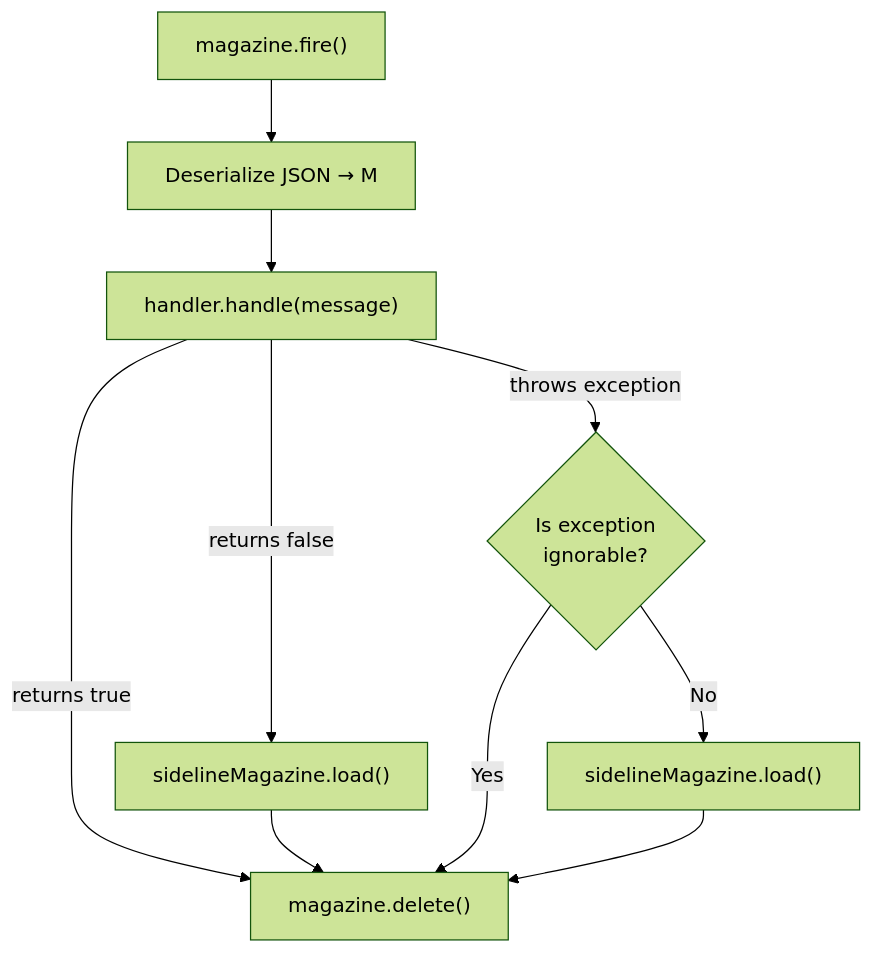
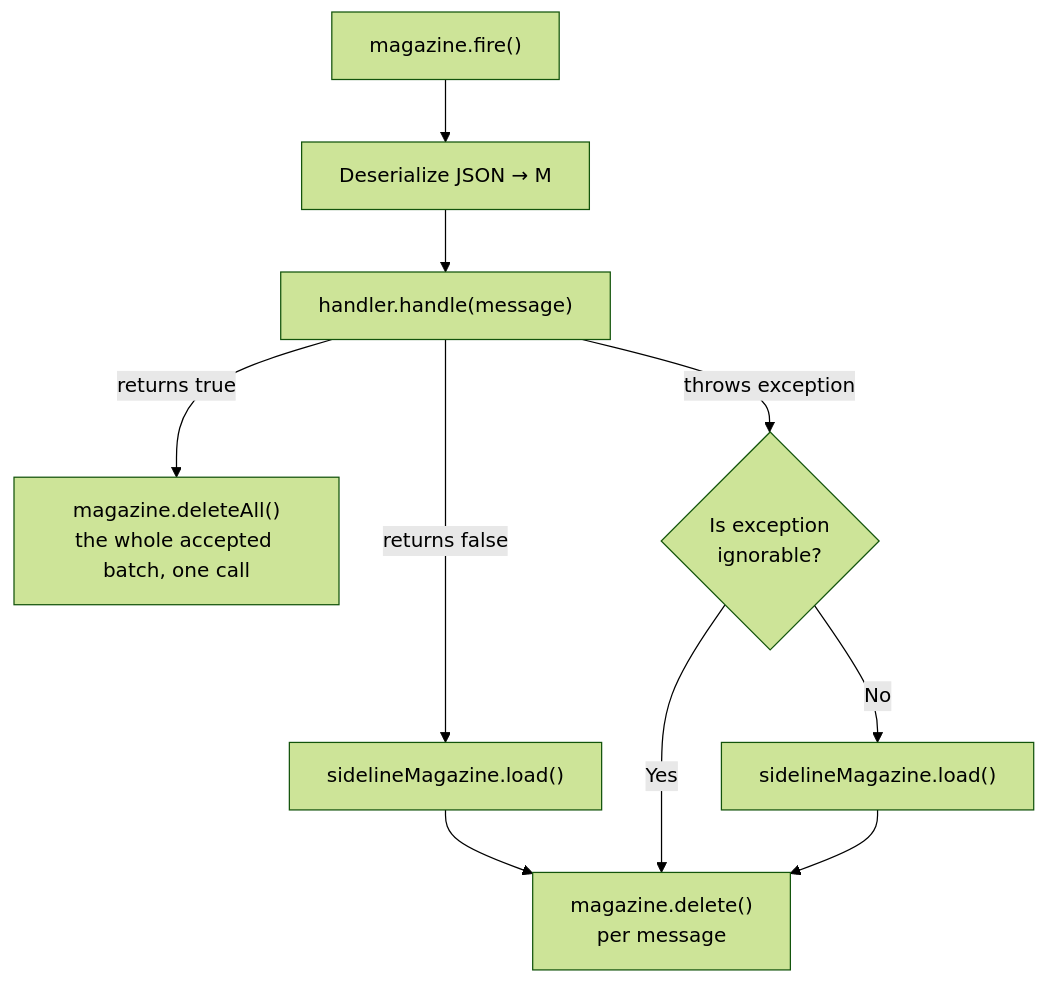
Before and after one commit to PhonePe/IgnisMQ: the second of 6 diagrams in docs/docs/core-concepts.md, drawn with Mermaid (forest theme). The commit also changed other lines of this file and 14 other files, not shown here.

Commit message:
Moved to magazine deleteAll + Refactoring

````diff
--- a/docs/docs/core-concepts.md
+++ b/docs/docs/core-concepts.md
@@ -57,12 +58,12 @@
 ```mermaid
 flowchart TD
     Fire["magazine.fire()"] --> Deser["Deserialize JSON → M"]
     Deser --> Call["handler.handle(message)"]
-    Call -->|returns true| Delete["magazine.delete()"]
+    Call -->|returns true| Delete["magazine.deleteAll()<br/>the whole accepted batch, one call"]
     Call -->|returns false| Sideline["sidelineMagazine.load()"]
-    Sideline --> Delete
+    Sideline --> DeleteOne["magazine.delete()<br/>per message"]
     Call -->|throws exception| Check{"Is exception<br/>ignorable?"}
-    Check -->|Yes| Delete
+    Check -->|Yes| DeleteOne
     Check -->|No| Sideline2["sidelineMagazine.load()"]
-    Sideline2 --> Delete
+    Sideline2 --> DeleteOne
 ```
````
